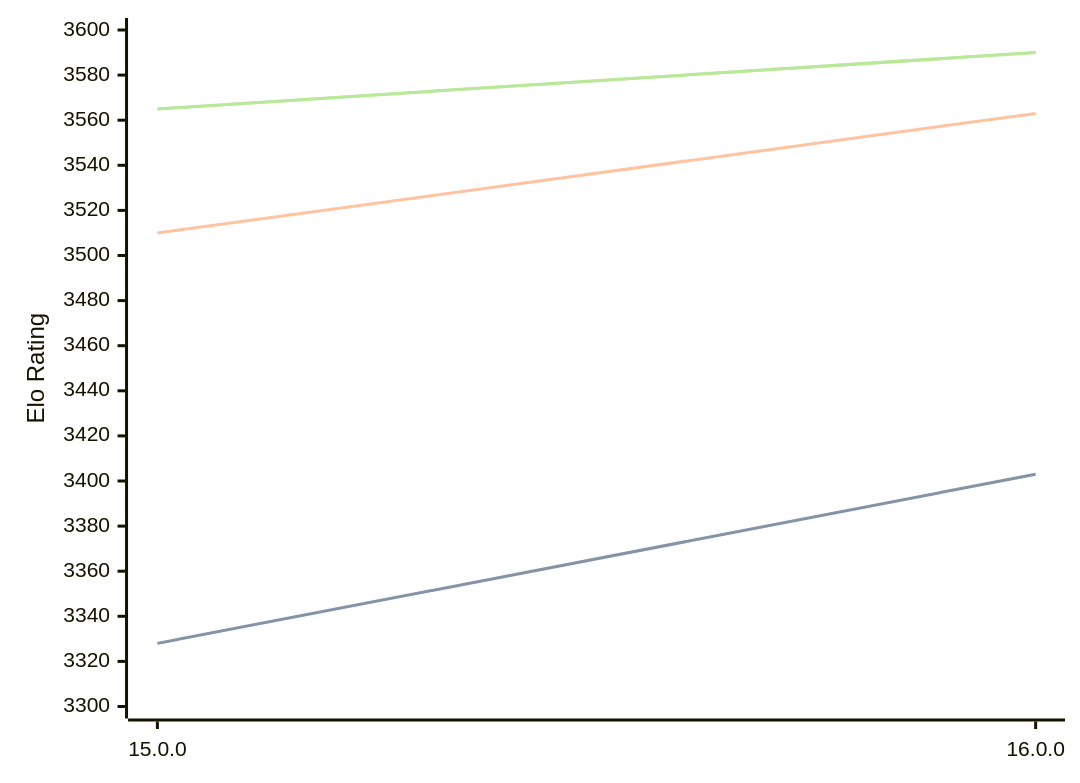
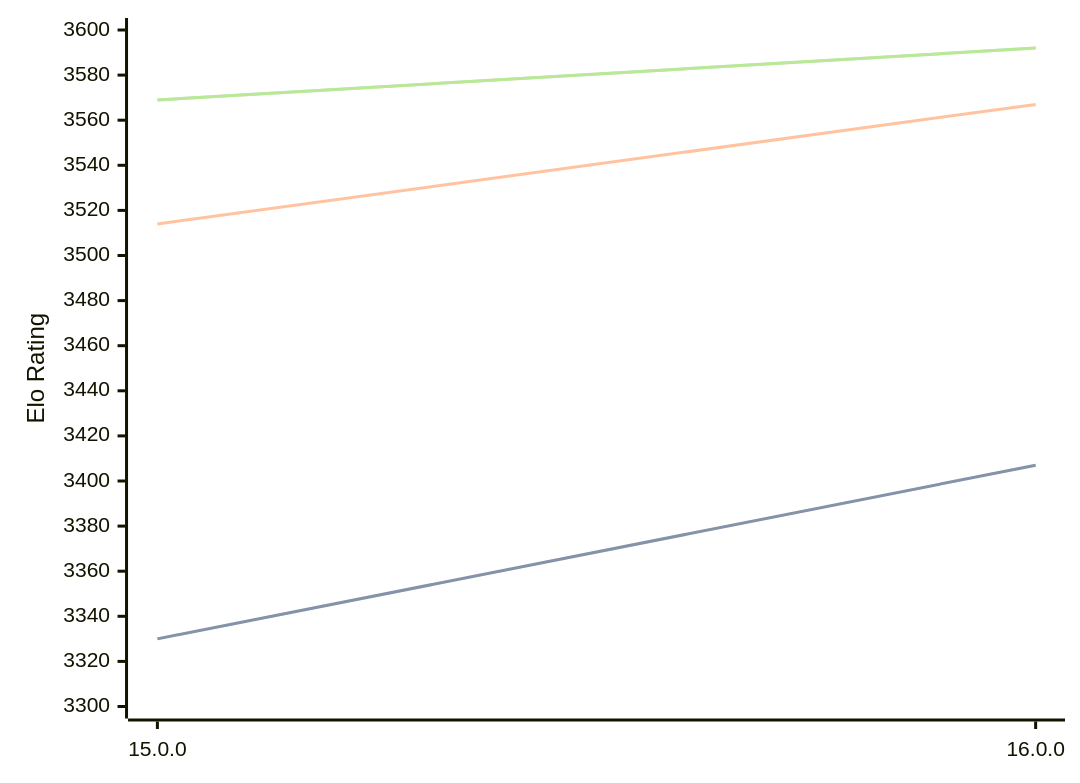
One commit to computer-chess-index/cci changed the diagram in engines/Halogen.md. Above: the diagram before and after it, drawn with Mermaid. The commit also changed other lines of this file, not shown here.

Commit message:
Update CCI Ratings (ELO VLTC) - 2026-05-02

````diff
--- a/engines/Halogen.md
+++ b/engines/Halogen.md
@@ -50,11 +50,11 @@
 ```mermaid
 %%{init: {"theme":"base","themeVariables":{"seriesColors:['#a3a3a3','#222221','#faa371']}}}%%
 xychart-beta
   x-axis ["15.0.0", "16.0.0"]
   y-axis "Elo Rating" 3300 --> 3600
-  line "STC (8.0+0.08s)" [3328, 3403]
-  line "STC (8.0+0.08s)" [3328, 3403]
-  line "LTC (60.0+0.60s)" [3510, 3563]
-  line "VLTC (2m24s+1.12s)" [3565, 3590]
-  line "VLTC (2m24s+1.12s)" [3565, 3590]
+  line "STC (8.0+0.08s)" [3330, 3407]
+  line "STC (8.0+0.08s)" [3330, 3407]
+  line "LTC (60.0+0.60s)" [3514, 3567]
+  line "VLTC (2m24s+1.12s)" [3569, 3592]
+  line "VLTC (2m24s+1.12s)" [3569, 3592]
 ```
````
